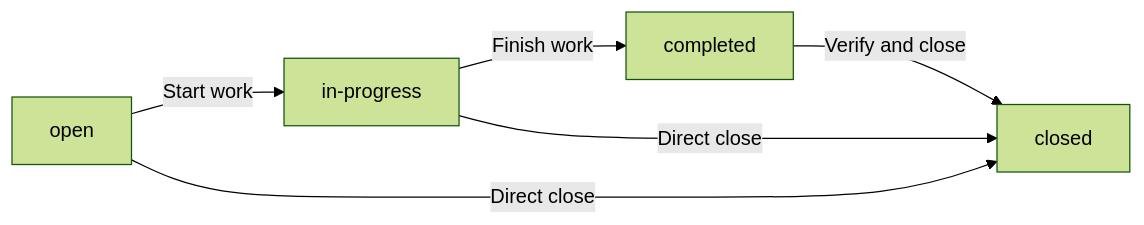
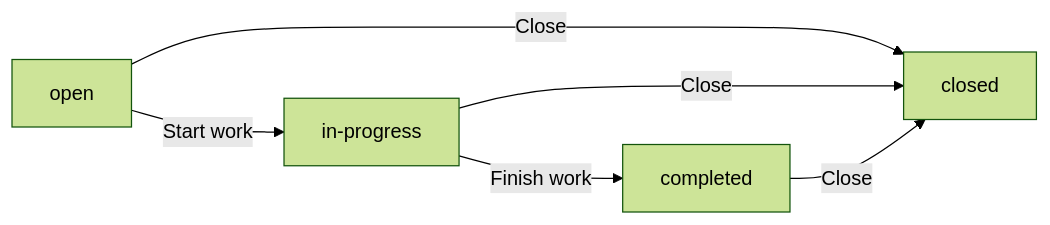
Diagram 12 of 14 in z-ai/glm-5/erp/docs/analysis/02-domain-model.md (wrtnlabs/autobe-examples), drawn with Mermaid (forest theme) before and after one commit. The commit also changed other lines of this file and 3761 other files, not shown here.

````diff
--- a/z-ai/glm-5/erp/docs/analysis/02-domain-model.md
+++ b/z-ai/glm-5/erp/docs/analysis/02-domain-model.md
@@ -866,8 +812,8 @@
 ```mermaid
 flowchart LR
     A["open"] -->|"Start work"| B["in-progress"]
     B -->|"Finish work"| C["completed"]
-    C -->|"Verify and close"| D["closed"]
-    A -->|"Direct close"| D
-    B -->|"Direct close"| D
+    A -->|"Close"| D["closed"]
+    B -->|"Close"| D
+    C -->|"Close"| D
 ```
````
